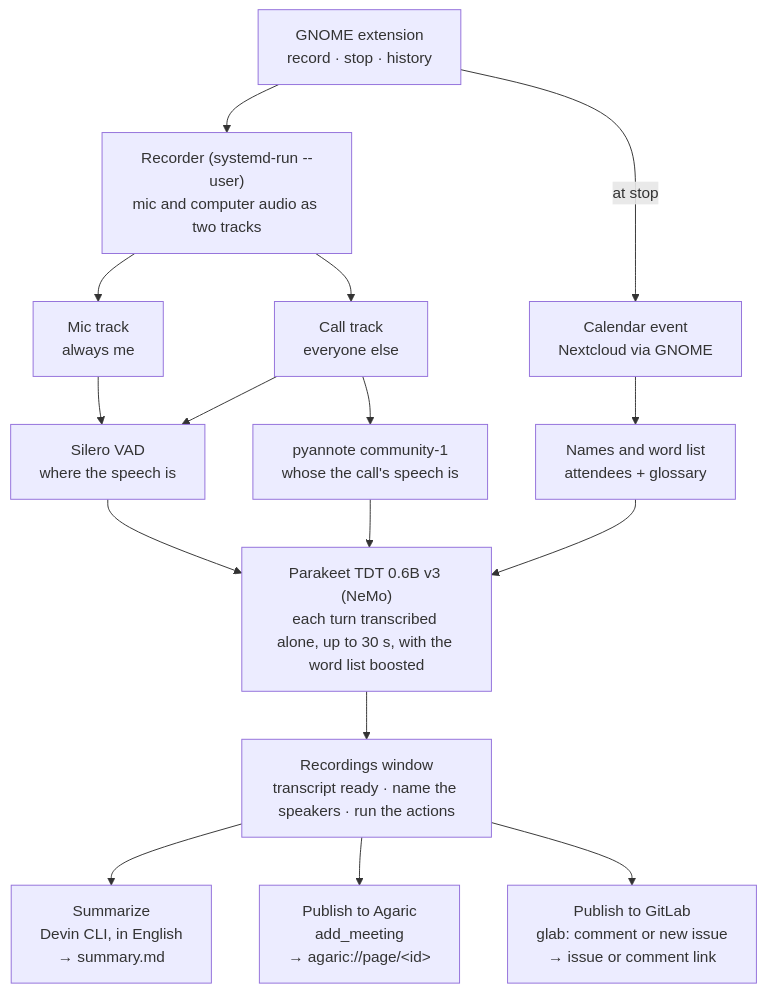
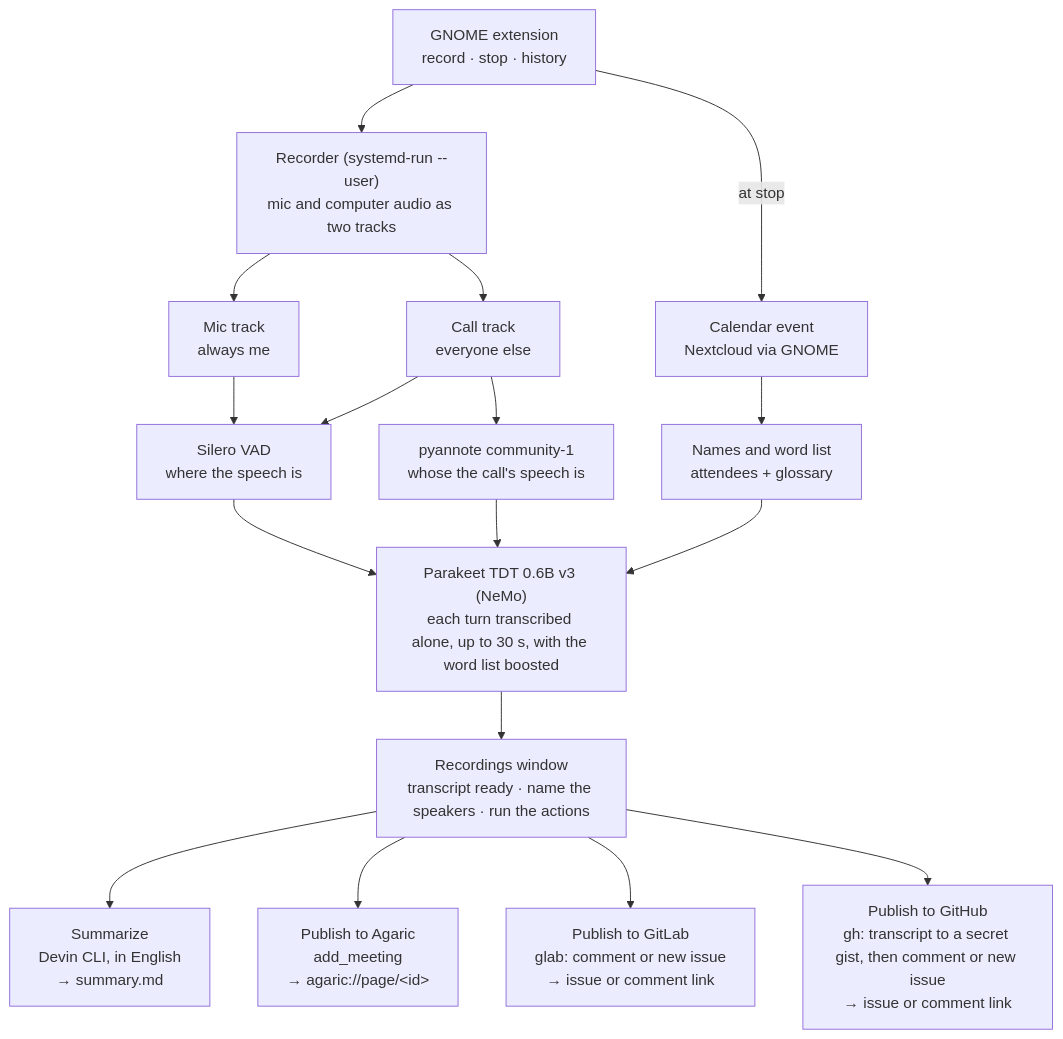
Before and after one commit to jfolcini/minutas: the first of 2 diagrams in docs/design.md, drawn with Mermaid. The commit also changed other lines of this file and 20 other files, not shown here.

First line of the commit message:
feat(github): publish a recording's summary to GitHub, with a default link (#82)

````diff
--- a/docs/design.md
+++ b/docs/design.md
@@ -48,32 +50,34 @@
 ```mermaid
 flowchart TD
     ext["GNOME extension<br/>record · stop · history"]
     rec["Recorder (systemd-run --user)<br/>mic and computer audio as two tracks"]
     mic["Mic track<br/>always me"]
     calltrack["Call track<br/>everyone else"]
     cal["Calendar event<br/>Nextcloud via GNOME"]
     vad["Silero VAD<br/>where the speech is"]
     diar["pyannote community-1<br/>whose the call's speech is"]
     words["Names and word list<br/>attendees + glossary"]
     asr["Parakeet TDT 0.6B v3 (NeMo)<br/>each turn transcribed alone, up to 30 s, with the word list boosted"]
     hist["Recordings window<br/>transcript ready · name the speakers · run the actions"]
     sum["Summarize<br/>Devin CLI, in English<br/>→ summary.md"]
     agaric["Publish to Agaric<br/>add_meeting<br/>→ agaric://page/&lt;id&gt;"]
     gitlab["Publish to GitLab<br/>glab: comment or new issue<br/>→ issue or comment link"]
+    github["Publish to GitHub<br/>gh: transcript to a secret gist, then comment or new issue<br/>→ issue or comment link"]
 
     ext --> rec
     ext -- at stop --> cal
     rec --> mic
     rec --> calltrack
     mic --> vad
     calltrack --> vad
     calltrack --> diar
     cal --> words
     vad --> asr
     diar --> asr
     words --> asr
     asr --> hist
     hist --> sum
     hist --> agaric
     hist --> gitlab
+    hist --> github
 ```
````
